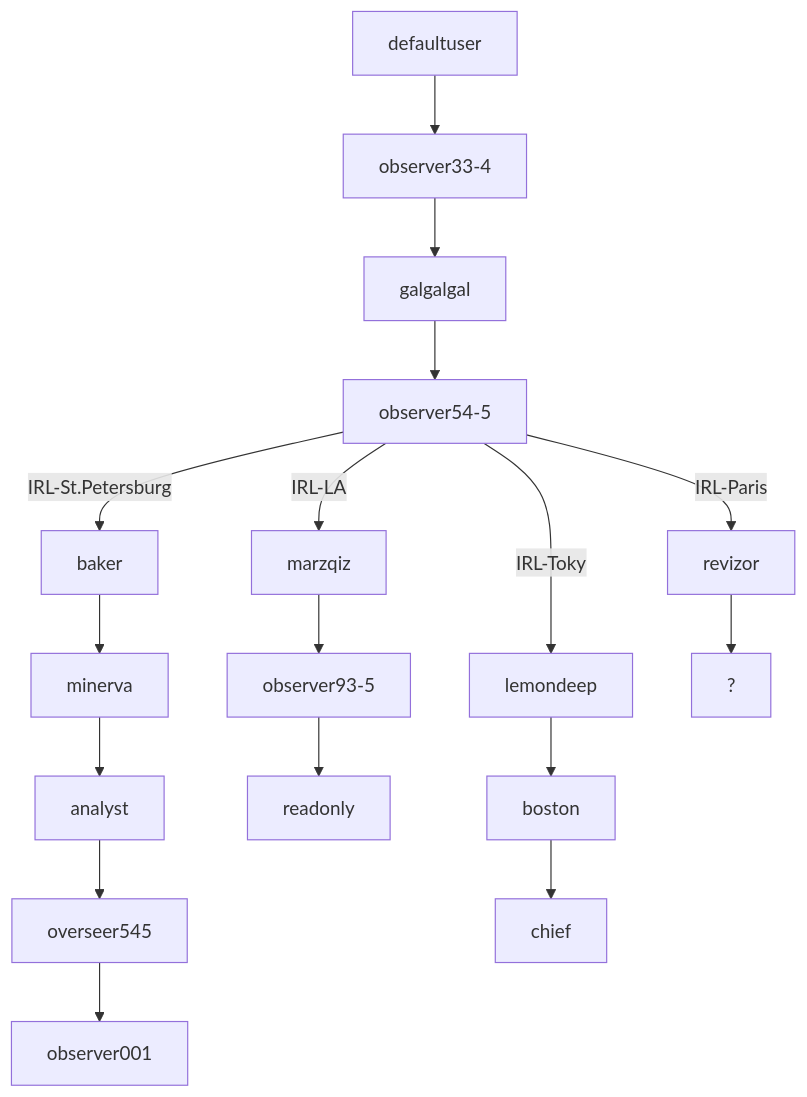
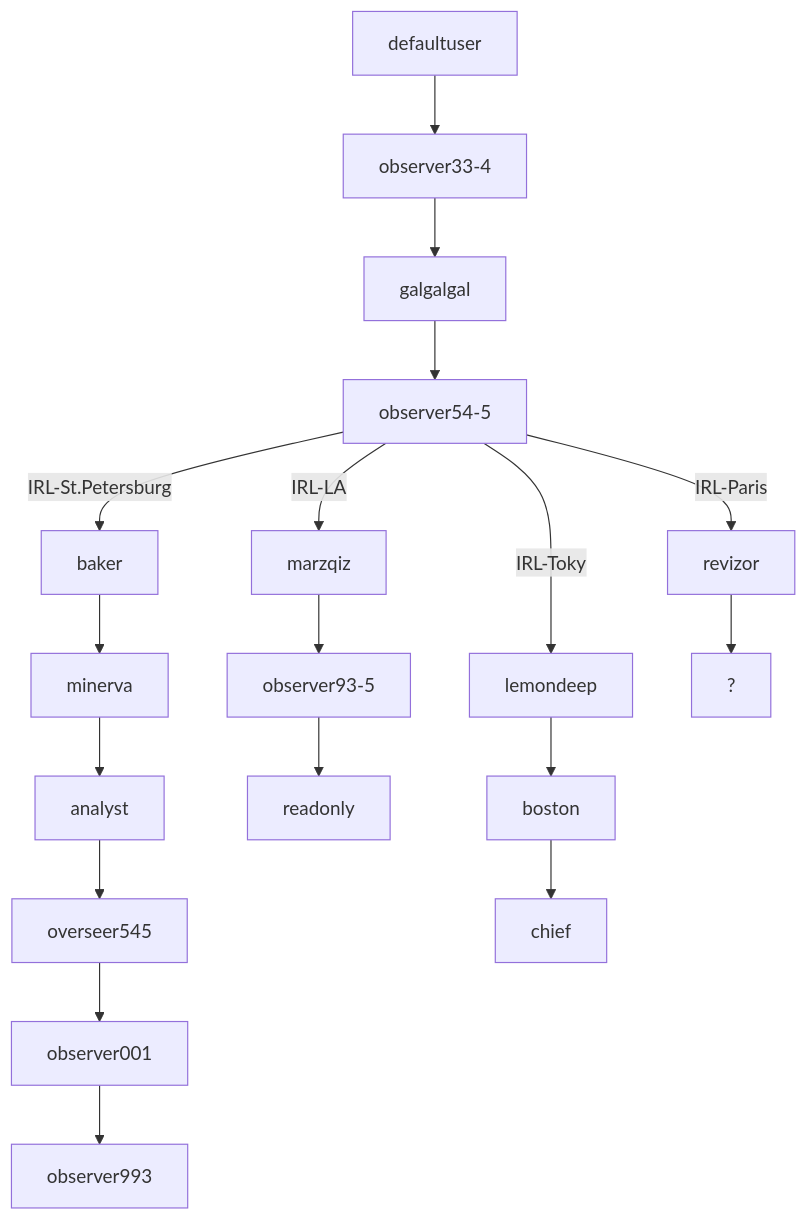
The diagram in README.md (Philsie/ARRS-documentation), drawn with Mermaid before and after one commit.

````diff
--- a/README.md
+++ b/README.md
@@ -23,19 +23,20 @@
 ```mermaid
 graph TD;
     defaultuser-->observer33-4;
     observer33-4-->galgalgal;
     galgalgal-->observer54-5;
     observer54-5--IRL-Paris-->revizor;
     observer54-5--IRL-LA-->marzqiz;
     observer54-5--IRL-St.Petersburg-->baker;
     observer54-5--IRL-Tokyo-->lemondeep;
     baker-->minerva;
     minerva-->analyst;
     analyst-->overseer545;
-    overseer545-->observer001
+    overseer545-->observer001;
+    observer001-->observer993;
     marzqiz-->observer93-5;
     observer93-5-->readonly;
     revizor-->?;
     lemondeep-->boston;
     boston-->chief;
 ```
````
